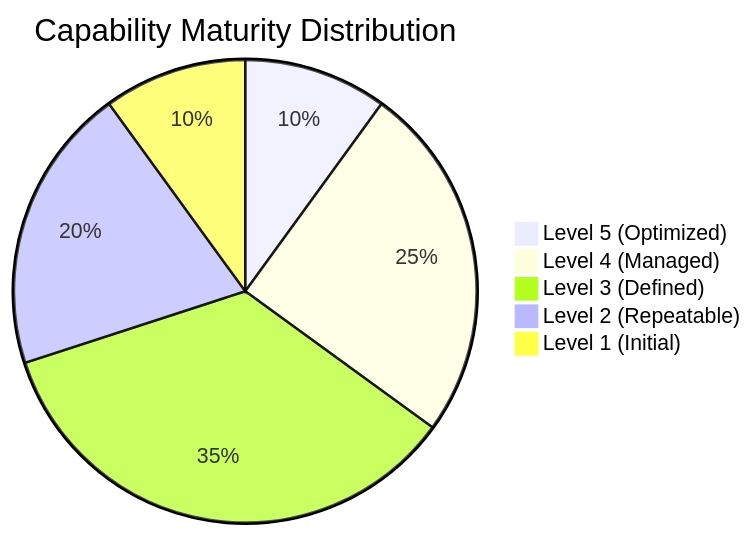
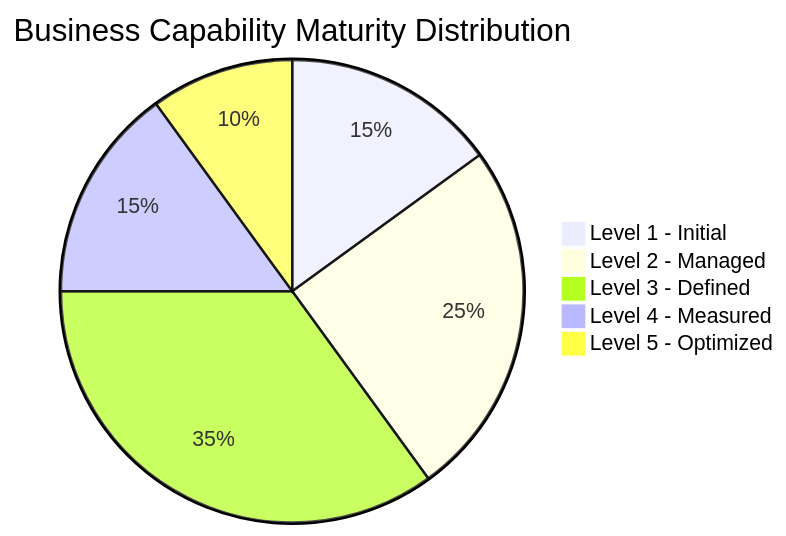
The first of 5 diagrams in dashboard-ideas.md (thoughtful-solutions/enterprise-architecture), drawn with Mermaid before and after one commit. The commit also changed other lines of this file, not shown here.

````diff
--- a/dashboard-ideas.md
+++ b/dashboard-ideas.md
@@ -67,8 +24,9 @@
 ```mermaid
-pie title Capability Maturity Distribution
-    "Level 5 (Optimized)" : 10
-    "Level 4 (Managed)" : 25
-    "Level 3 (Defined)" : 35
-    "Level 2 (Repeatable)" : 20
-    "Level 1 (Initial)" : 10
+pie
+    title Business Capability Maturity Distribution
+    "Level 1 - Initial" : 15
+    "Level 2 - Managed" : 25
+    "Level 3 - Defined" : 35
+    "Level 4 - Measured" : 15
+    "Level 5 - Optimized" : 10
 ```
````
